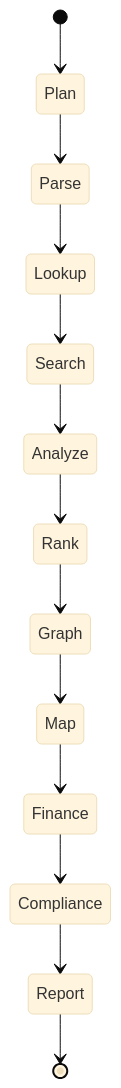
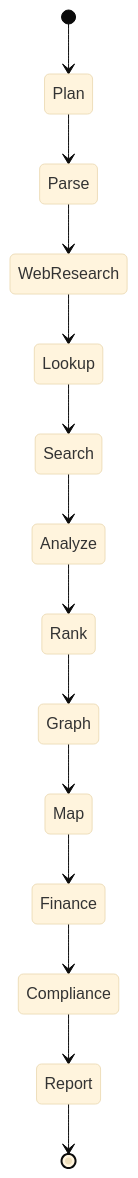
One commit to hoangsonww/EstateWise-Chapel-Hill-Chatbot changed the seventh of 9 diagrams in agentic-ai/README.md. Above: the diagram before and after it, drawn with Mermaid (base theme). The commit also changed other lines of this file and 17 other files, not shown here.

Commit message:
feat(web): add web search and fetch tools for internet research capabilities

````diff
--- a/agentic-ai/README.md
+++ b/agentic-ai/README.md
@@ -1081,15 +1083,16 @@
 ```mermaid
 stateDiagram-v2
   [*] --> Plan
   Plan --> Parse
-  Parse --> Lookup
+  Parse --> WebResearch
+  WebResearch --> Lookup
   Lookup --> Search
   Search --> Analyze
   Analyze --> Rank
   Rank --> Graph
   Graph --> Map
   Map --> Finance
   Finance --> Compliance
   Compliance --> Report
   Report --> [*]
 ```
````
